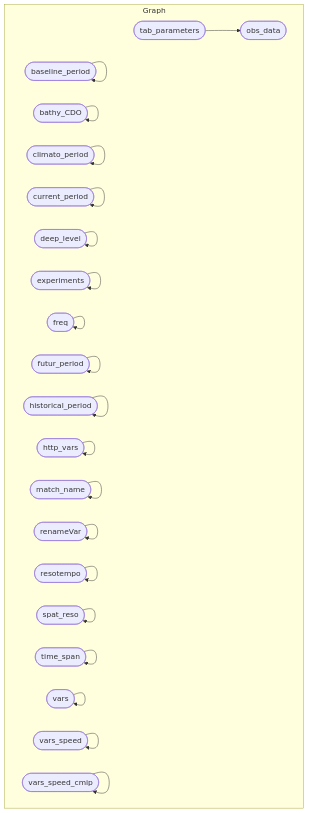
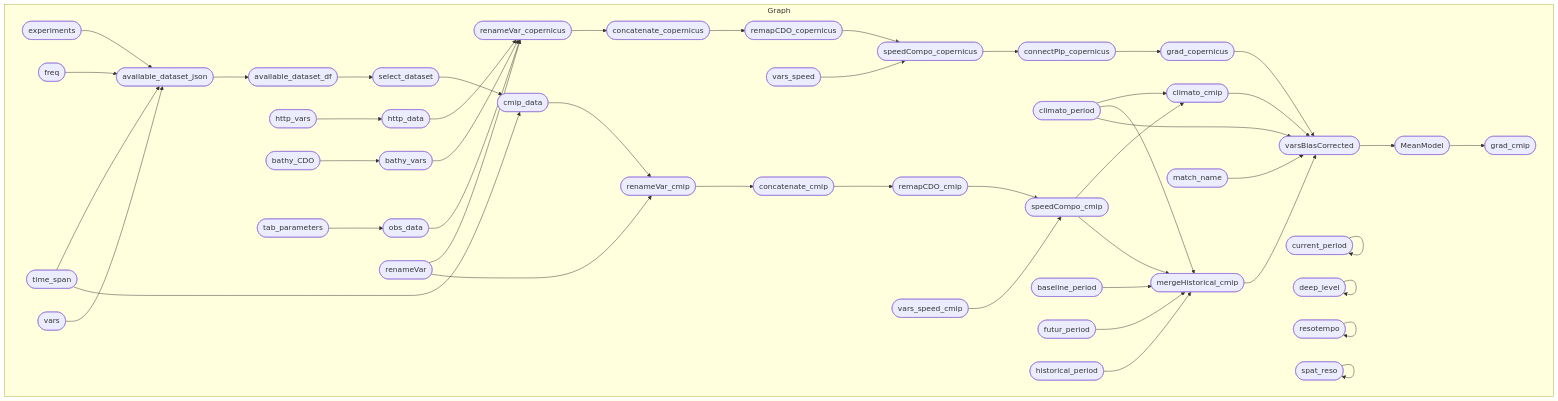
Before and after one commit to r-fernandezz/downshape: the diagram in README.md, drawn with Mermaid. The commit also changed other lines of this file and 1 other file, not shown here.

Commit message:
📝 DOC: update README documentation

````diff
--- a/README.md
+++ b/README.md
@@ -43,25 +34,51 @@
 ``` mermaid
 graph LR
   subgraph Graph
     direction LR
-    x4301c707c2ab0cdc(["tab_parameters"]):::uptodate --> xd7bca5ba4e5f539d(["obs_data"]):::uptodate
-    x21b09bf88a2ff147(["baseline_period"]):::uptodate --> x21b09bf88a2ff147(["baseline_period"]):::uptodate
-    xf5c6fd225c377a3d(["bathy_CDO"]):::uptodate --> xf5c6fd225c377a3d(["bathy_CDO"]):::uptodate
-    xbbe4eafa679df977(["climato_period"]):::uptodate --> xbbe4eafa679df977(["climato_period"]):::uptodate
+    xfc6ed28680e5db72(["speedCompo_copernicus"]):::outdated --> xd2707862cf793d3a(["connectPip_copernicus"]):::outdated
+    xec6283d15a25ed08(["remapCDO_copernicus"]):::outdated --> xfc6ed28680e5db72(["speedCompo_copernicus"]):::outdated
+    xca459201a27e8460(["vars_speed"]):::uptodate --> xfc6ed28680e5db72(["speedCompo_copernicus"]):::outdated
+    xe895740a9b7896f7(["available_dataset_df"]):::outdated --> x3f5ab24ee8d242b4(["select_dataset"]):::outdated
+    x71e926299248ce3f(["http_vars"]):::uptodate --> x35b468daf9281b76(["http_data"]):::outdated
+    xac02e5e58926353b(["experiments"]):::uptodate --> x6fcf9b0e7fc429ff(["available_dataset_json"]):::outdated
+    x906e78a8df9f52cb(["freq"]):::uptodate --> x6fcf9b0e7fc429ff(["available_dataset_json"]):::outdated
+    x2c0118dd07b06ac8(["time_span"]):::uptodate --> x6fcf9b0e7fc429ff(["available_dataset_json"]):::outdated
+    x8f15ec77b8dbd81a(["vars"]):::uptodate --> x6fcf9b0e7fc429ff(["available_dataset_json"]):::outdated
+    xd2707862cf793d3a(["connectPip_copernicus"]):::outdated --> x37179b61a203cbd3(["grad_copernicus"]):::outdated
+    xbbe4eafa679df977(["climato_period"]):::uptodate --> x0c817e56268c947c(["climato_cmip"]):::outdated
+    xe5de19f3be59da20(["speedCompo_cmip"]):::outdated --> x0c817e56268c947c(["climato_cmip"]):::outdated
+    xb5817e1daca13dcc(["bathy_vars"]):::outdated --> xe44467b2b079fc18(["renameVar_copernicus"]):::outdated
+    x35b468daf9281b76(["http_data"]):::outdated --> xe44467b2b079fc18(["renameVar_copernicus"]):::outdated
+    xd7bca5ba4e5f539d(["obs_data"]):::outdated --> xe44467b2b079fc18(["renameVar_copernicus"]):::outdated
+    xd15c82dcb79a7c2e(["renameVar"]):::uptodate --> xe44467b2b079fc18(["renameVar_copernicus"]):::outdated
+    xf5c6fd225c377a3d(["bathy_CDO"]):::uptodate --> xb5817e1daca13dcc(["bathy_vars"]):::outdated
+    xf4b49e2ba07661b1(["remapCDO_cmip"]):::outdated --> xe5de19f3be59da20(["speedCompo_cmip"]):::outdated
+    x7a197bdf5f12681a(["vars_speed_cmip"]):::uptodate --> xe5de19f3be59da20(["speedCompo_cmip"]):::outdated
+    x3f5ab24ee8d242b4(["select_dataset"]):::outdated --> xd8e5f2013a341013(["cmip_data"]):::outdated
+    x2c0118dd07b06ac8(["time_span"]):::uptodate --> xd8e5f2013a341013(["cmip_data"]):::outdated
+    x4fe875b2492d0106(["concatenate_cmip"]):::outdated --> xf4b49e2ba07661b1(["remapCDO_cmip"]):::outdated
+    x21b09bf88a2ff147(["baseline_period"]):::uptodate --> xf21dac5ab86940da(["mergeHistorical_cmip"]):::outdated
+    xbbe4eafa679df977(["climato_period"]):::uptodate --> xf21dac5ab86940da(["mergeHistorical_cmip"]):::outdated
+    xbce5cad1cf7e7103(["futur_period"]):::uptodate --> xf21dac5ab86940da(["mergeHistorical_cmip"]):::outdated
+    x57dd1d5e854c11b6(["historical_period"]):::uptodate --> xf21dac5ab86940da(["mergeHistorical_cmip"]):::outdated
+    xe5de19f3be59da20(["speedCompo_cmip"]):::outdated --> xf21dac5ab86940da(["mergeHistorical_cmip"]):::outdated
+    xe44467b2b079fc18(["renameVar_copernicus"]):::outdated --> x9289bfb53112cf3b(["concatenate_copernicus"]):::outdated
+    x4301c707c2ab0cdc(["tab_parameters"]):::uptodate --> xd7bca5ba4e5f539d(["obs_data"]):::outdated
+    x6fcf9b0e7fc429ff(["available_dataset_json"]):::outdated --> xe895740a9b7896f7(["available_dataset_df"]):::outdated
+    x0262297569c18022(["renameVar_cmip"]):::outdated --> x4fe875b2492d0106(["concatenate_cmip"]):::outdated
+    x0754d07deb71dd34(["MeanModel"]):::outdated --> x4c3d86d2401270ef(["grad_cmip"]):::outdated
+    x9289bfb53112cf3b(["concatenate_copernicus"]):::outdated --> xec6283d15a25ed08(["remapCDO_copernicus"]):::outdated
+    xd8e5f2013a341013(["cmip_data"]):::outdated --> x0262297569c18022(["renameVar_cmip"]):::outdated
+    xd15c82dcb79a7c2e(["renameVar"]):::uptodate --> x0262297569c18022(["renameVar_cmip"]):::outdated
+    x178958aede3793d9(["varsBiasCorrected"]):::outdated --> x0754d07deb71dd34(["MeanModel"]):::outdated
+    x0c817e56268c947c(["climato_cmip"]):::outdated --> x178958aede3793d9(["varsBiasCorrected"]):::outdated
+    xbbe4eafa679df977(["climato_period"]):::uptodate --> x178958aede3793d9(["varsBiasCorrected"]):::outdated
+    x37179b61a203cbd3(["grad_copernicus"]):::outdated --> x178958aede3793d9(["varsBiasCorrected"]):::outdated
+    xab1c13260db879af(["match_name"]):::uptodate --> x178958aede3793d9(["varsBiasCorrected"]):::outdated
+    xf21dac5ab86940da(["mergeHistorical_cmip"]):::outdated --> x178958aede3793d9(["varsBiasCorrected"]):::outdated
     x084994fb0e480676(["current_period"]):::uptodate --> x084994fb0e480676(["current_period"]):::uptodate
     x625f066a5f205ec8(["deep_level"]):::uptodate --> x625f066a5f205ec8(["deep_level"]):::uptodate
-    xac02e5e58926353b(["experiments"]):::uptodate --> xac02e5e58926353b(["experiments"]):::uptodate
-    x906e78a8df9f52cb(["freq"]):::uptodate --> x906e78a8df9f52cb(["freq"]):::uptodate
-    xbce5cad1cf7e7103(["futur_period"]):::uptodate --> xbce5cad1cf7e7103(["futur_period"]):::uptodate
-    x57dd1d5e854c11b6(["historical_period"]):::uptodate --> x57dd1d5e854c11b6(["historical_period"]):::uptodate
-    x71e926299248ce3f(["http_vars"]):::uptodate --> x71e926299248ce3f(["http_vars"]):::uptodate
-    xab1c13260db879af(["match_name"]):::uptodate --> xab1c13260db879af(["match_name"]):::uptodate
-    xd15c82dcb79a7c2e(["renameVar"]):::uptodate --> xd15c82dcb79a7c2e(["renameVar"]):::uptodate
     x55a14a7f5821bbec(["resotempo"]):::uptodate --> x55a14a7f5821bbec(["resotempo"]):::uptodate
     xe73cbbcc20086ecd(["spat_reso"]):::uptodate --> xe73cbbcc20086ecd(["spat_reso"]):::uptodate
-    x2c0118dd07b06ac8(["time_span"]):::uptodate --> x2c0118dd07b06ac8(["time_span"]):::uptodate
-    x8f15ec77b8dbd81a(["vars"]):::uptodate --> x8f15ec77b8dbd81a(["vars"]):::uptodate
-    xca459201a27e8460(["vars_speed"]):::uptodate --> xca459201a27e8460(["vars_speed"]):::uptodate
-    x7a197bdf5f12681a(["vars_speed_cmip"]):::uptodate --> x7a197bdf5f12681a(["vars_speed_cmip"]):::uptodate
   end
 ```
````
